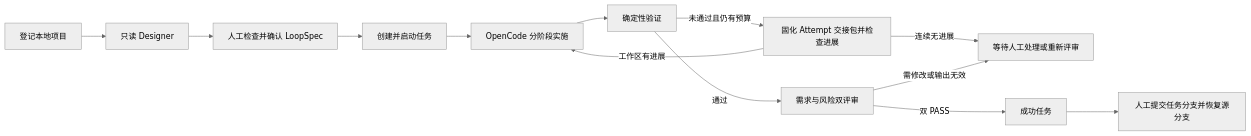
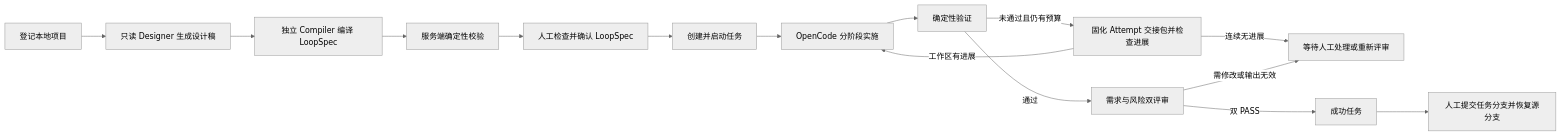
Before and after one commit to wangyufengsky/opencode-loopper: the diagram in README.md, drawn with Mermaid (neutral theme). The commit also changed other lines of this file and 53 other files, not shown here.

Commit message:
feat: split designer and loopspec compiler

````diff
--- a/README.md
+++ b/README.md
@@ -48,15 +48,17 @@
 ```mermaid
 flowchart LR
-    A["登记本地项目"] --> B["只读 Designer"]
-    B --> C["人工检查并确认 LoopSpec"]
-    C --> D["创建并启动任务"]
+    A["登记本地项目"] --> B["只读 Designer 生成设计稿"]
+    B --> C["独立 Compiler 编译 LoopSpec"]
+    C --> V["服务端确定性校验"]
+    V --> R["人工检查并确认 LoopSpec"]
+    R --> D["创建并启动任务"]
     D --> E["OpenCode 分阶段实施"]
     E --> F["确定性验证"]
     F -->|未通过且仍有预算| K["固化 Attempt 交接包并检查进展"]
     K -->|工作区有进展| E
     K -->|连续无进展| H
     F -->|通过| G["需求与风险双评审"]
     G -->|需修改或输出无效| H["等待人工处理或重新评审"]
     G -->|双 PASS| I["成功任务"]
     I --> J["人工提交任务分支并恢复源分支"]
 ```
````
